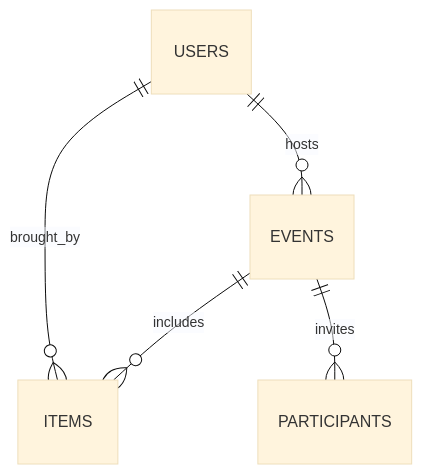
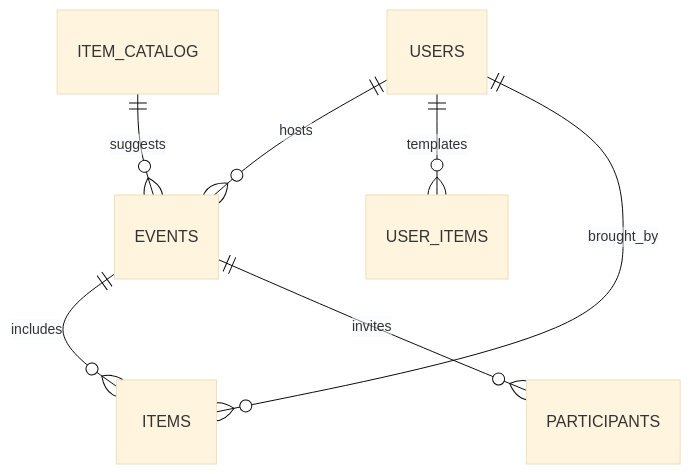
Before and after one commit to desimealsnow/Potluck: the second of 4 diagrams in docs/core/architecture.md, drawn with Mermaid (base theme). The commit also changed other lines of this file and 55 other files, not shown here.

````diff
--- a/docs/core/architecture.md
+++ b/docs/core/architecture.md
@@ -90,7 +94,9 @@
 ```mermaid
 erDiagram
   USERS ||--o{ EVENTS : hosts
   EVENTS ||--o{ ITEMS : includes
   EVENTS ||--o{ PARTICIPANTS : "invites"
   ITEMS  }o--|| USERS : "brought_by"
+  ITEM_CATALOG ||--o{ EVENTS : "suggests"
+  USERS ||--o{ USER_ITEMS : "templates"
 ```
````
